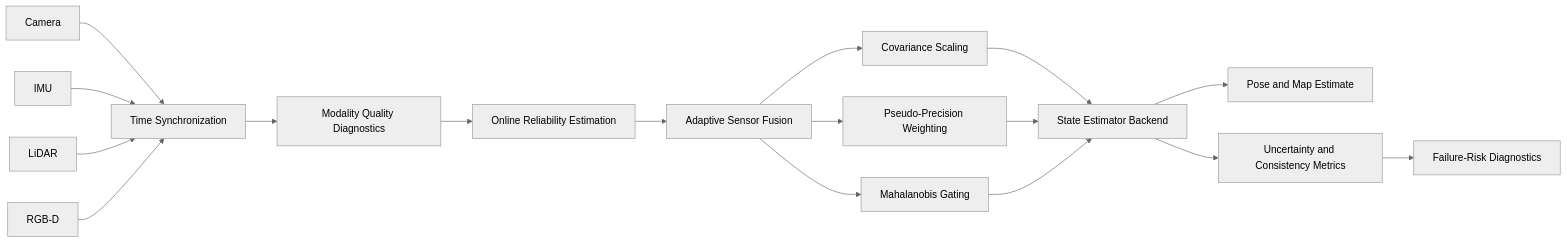
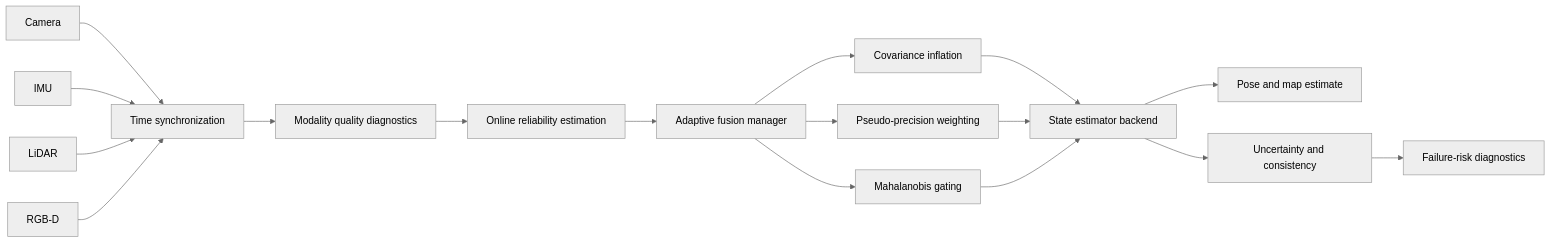
The diagram in README.md (panagiotagrosdouli/Adaptive-Multi-Modal-SLAM-with-Uncertainty-Aware-Sensor-Fusion), drawn with Mermaid (neutral theme) before and after one commit. The commit also changed other lines of this file, not shown here.

Commit message:
docs: redesign README around adaptive multi-modal fusion

````diff
--- a/README.md
+++ b/README.md
@@ -55,23 +62,23 @@
 ```mermaid
 flowchart LR
-    A[Camera] --> S[Time Synchronization]
-    B[IMU] --> S
-    C[LiDAR] --> S
-    D[RGB-D] --> S
+    CAM[Camera] --> SYNC[Time synchronization]
+    IMU[IMU] --> SYNC
+    LIDAR[LiDAR] --> SYNC
+    DEPTH[RGB-D] --> SYNC
 
-    S --> Q[Modality Quality Diagnostics]
-    Q --> R[Online Reliability Estimation]
-    R --> F[Adaptive Sensor Fusion]
+    SYNC --> QUALITY[Modality quality diagnostics]
+    QUALITY --> REL[Online reliability estimation]
+    REL --> ADAPT[Adaptive fusion manager]
 
-    F --> G[Covariance Scaling]
-    F --> H[Pseudo-Precision Weighting]
-    F --> I[Mahalanobis Gating]
+    ADAPT --> COV[Covariance inflation]
+    ADAPT --> WEIGHT[Pseudo-precision weighting]
+    ADAPT --> GATE[Mahalanobis gating]
 
-    G --> E[State Estimator Backend]
-    H --> E
-    I --> E
+    COV --> EST[State estimator backend]
+    WEIGHT --> EST
+    GATE --> EST
 
-    E --> M[Pose and Map Estimate]
-    E --> U[Uncertainty and Consistency Metrics]
-    U --> X[Failure-Risk Diagnostics]
+    EST --> STATE[Pose and map estimate]
+    EST --> CONS[Uncertainty and consistency]
+    CONS --> RISK[Failure-risk diagnostics]
 ```
````
